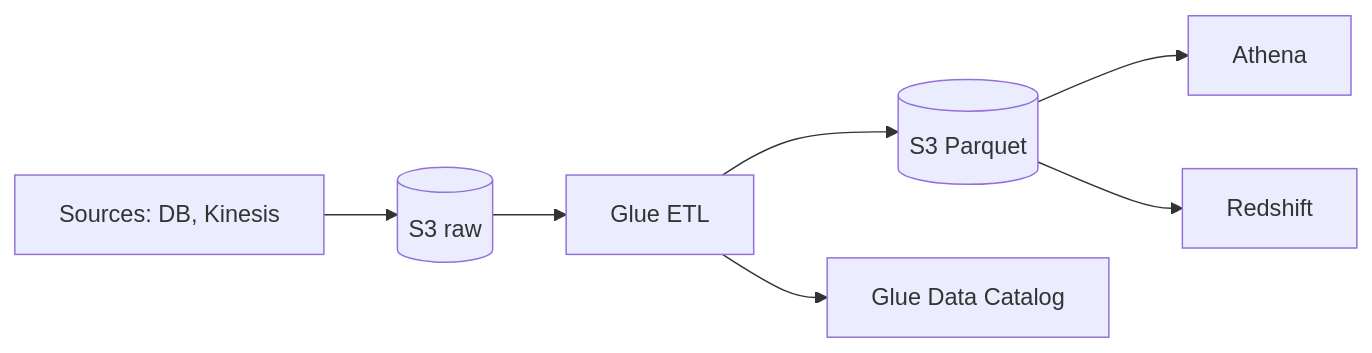
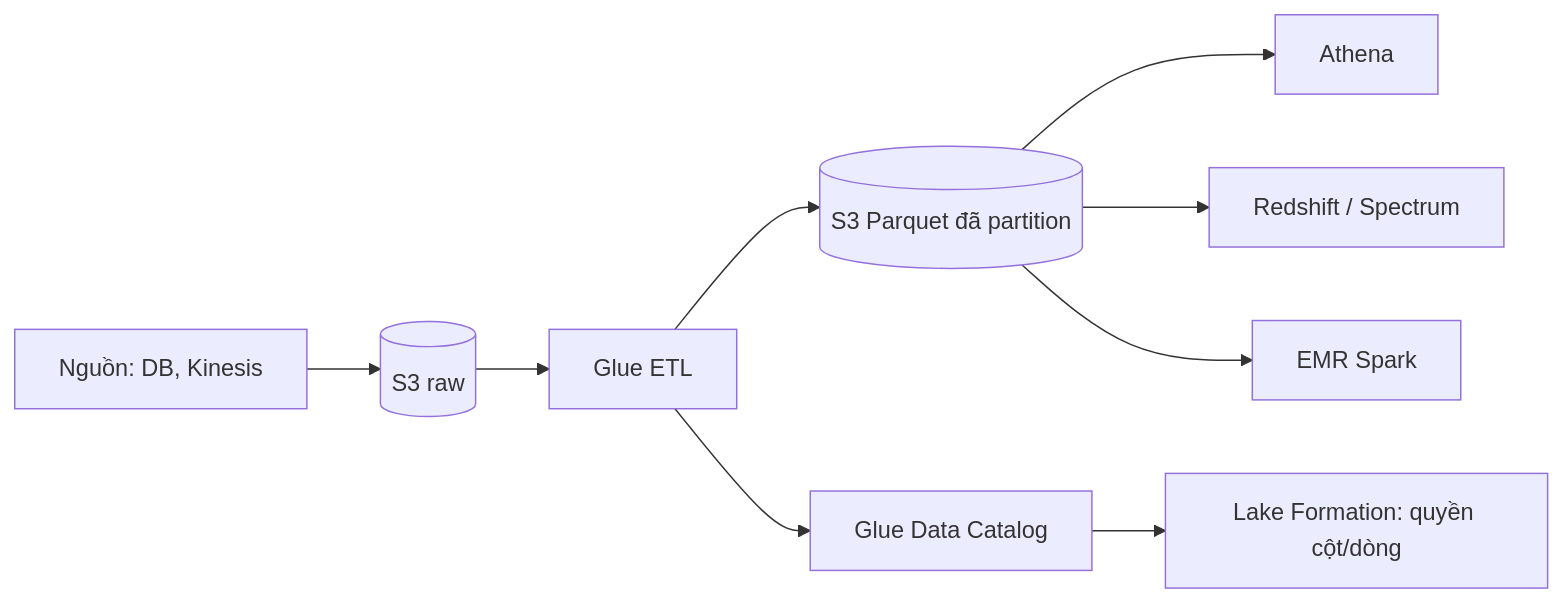
The diagram in src/assets/knowledge/playbooks/aws/aws-data-analytics.md (passion-Infinity/personal-tech-playbook), drawn with Mermaid before and after one commit. The commit also changed other lines of this file and 6 other files, not shown here.

First line of the commit message:
Deep-dive rewrite: API Gateway/Step Functions, Kinesis, data analytics, CloudFormation, Organizations, Well-Architected

````diff
--- a/src/assets/knowledge/playbooks/aws/aws-data-analytics.md
+++ b/src/assets/knowledge/playbooks/aws/aws-data-analytics.md
@@ -17,8 +34,10 @@
 ```mermaid
 flowchart LR
-    SRC["Sources: DB, Kinesis"] --> RAW[("S3 raw")]
-    RAW --> GL["Glue ETL"] --> CUR[("S3 Parquet")]
+    SRC["Nguồn: DB, Kinesis"] --> RAW[("S3 raw")]
+    RAW --> GL["Glue ETL"] --> CUR[("S3 Parquet đã partition")]
+    GL --> CAT["Glue Data Catalog"]
     CUR --> ATH[Athena]
-    CUR --> RS[Redshift]
-    GL --> CAT["Glue Data Catalog"]
+    CUR --> RS["Redshift / Spectrum"]
+    CUR --> EMR[EMR Spark]
+    CAT --> LF["Lake Formation: quyền cột/dòng"]
 ```
````
